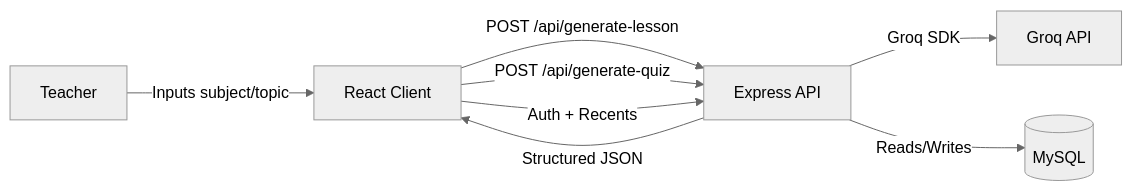
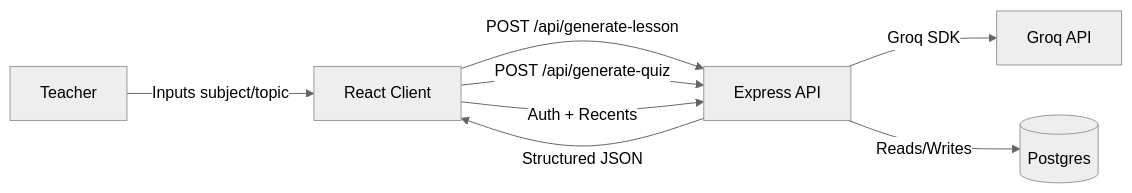
One commit to refatwashere/EZTutor changed the diagram in docs/architecture.md. Above: the diagram before and after it, drawn with Mermaid (neutral theme). The commit also changed other lines of this file and 11 other files, not shown here.

````diff
--- a/docs/architecture.md
+++ b/docs/architecture.md
@@ -9,10 +9,10 @@
 ```mermaid
 flowchart LR
   U[Teacher] -->|Inputs subject/topic| UI[React Client]
   UI -->|POST /api/generate-lesson| API[Express API]
   UI -->|POST /api/generate-quiz| API
   UI -->|Auth + Recents| API
   API -->|Structured JSON| UI
   API -->|Groq SDK| GQ[Groq API]
-  API -->|Reads/Writes| DB[(MySQL)]
+  API -->|Reads/Writes| DB[(Postgres)]
 ```
````
